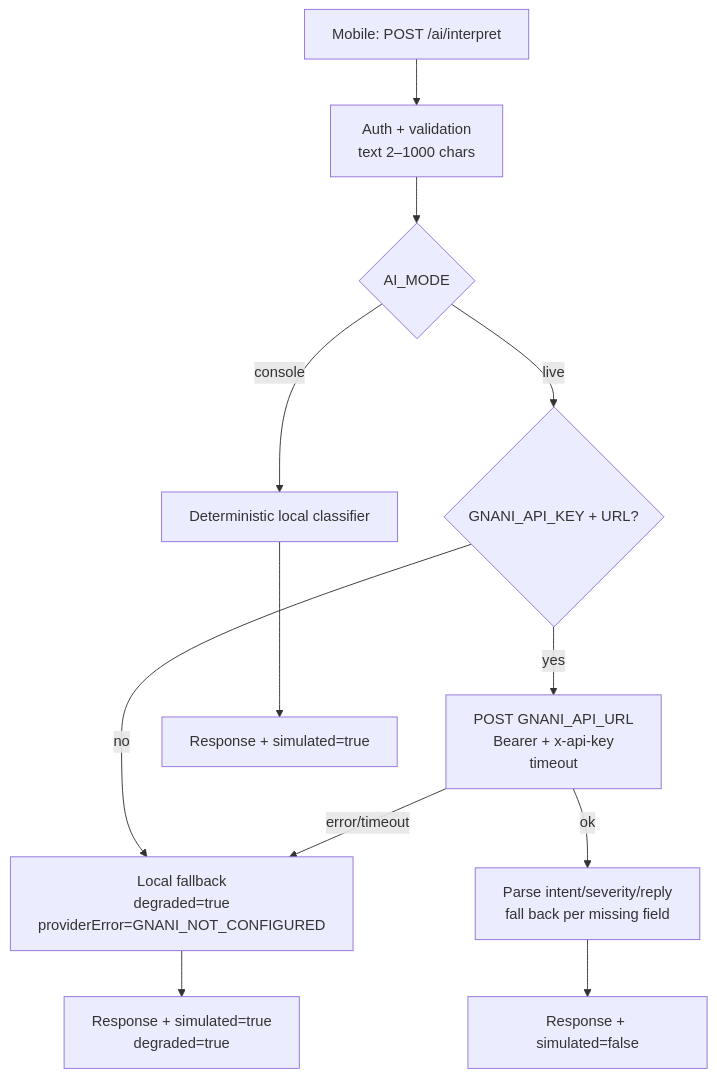
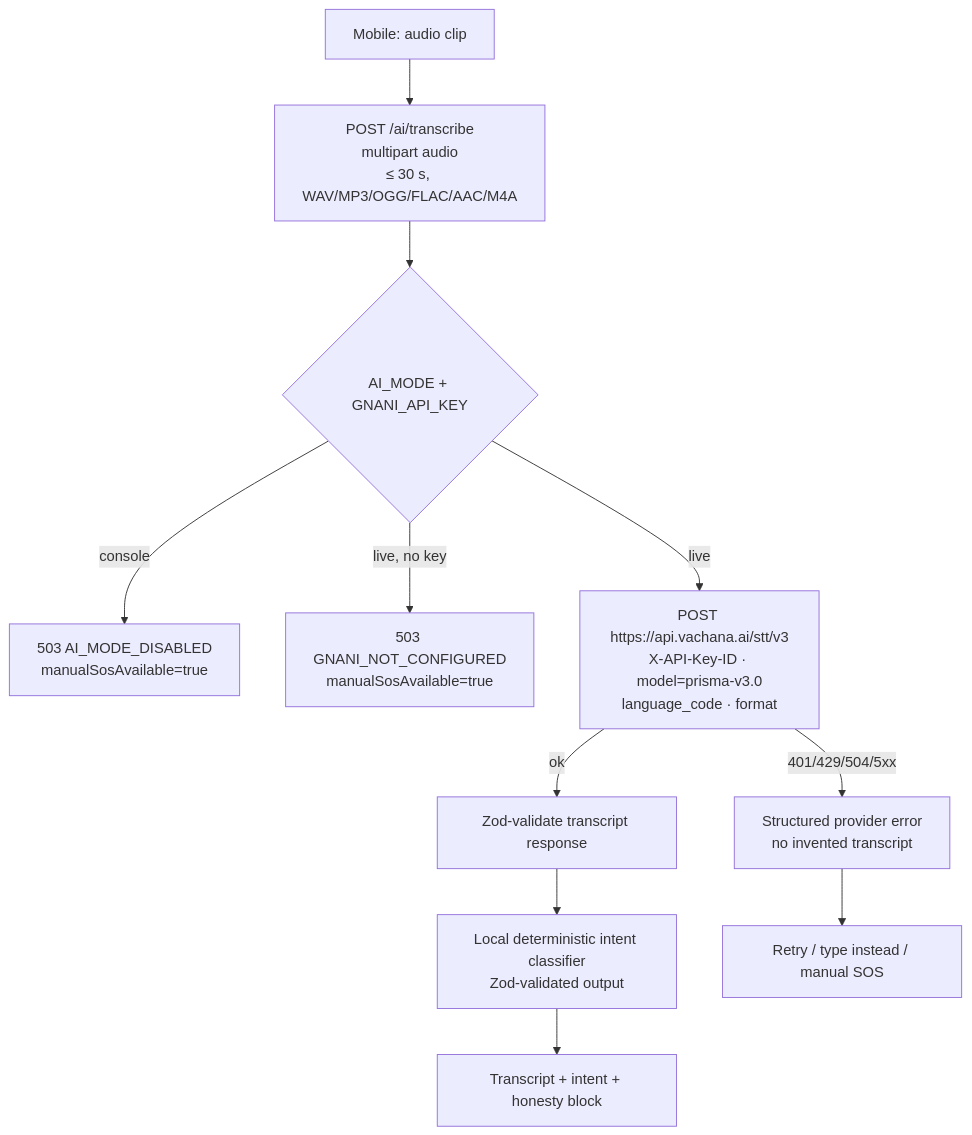
One commit to deepsingh-co/RakshaNet changed the fourth of 4 diagrams in docs/ARCHITECTURE.md. Above: the diagram before and after it, drawn with Mermaid. The commit also changed other lines of this file and 26 other files, not shown here.

First line of the commit message:
feat: verify Gnani STT contract and add voice assistant

````diff
--- a/docs/ARCHITECTURE.md
+++ b/docs/ARCHITECTURE.md
@@ -297,14 +310,13 @@
 ```mermaid
 flowchart TD
-    C["Mobile: POST /ai/interpret"] --> V["Auth + validation<br/>text 2–1000 chars"]
-    V --> M{"AI_MODE"}
-    M -->|console| L["Deterministic local classifier"]
-    M -->|live| K{"GNANI_API_KEY + URL?"}
-    K -->|no| F["Local fallback<br/>degraded=true<br/>providerError=GNANI_NOT_CONFIGURED"]
-    K -->|yes| G["POST GNANI_API_URL<br/>Bearer + x-api-key<br/>timeout"]
-    G -->|ok| P["Parse intent/severity/reply<br/>fall back per missing field"]
-    G -->|error/timeout| F
-    L --> O["Response + simulated=true"]
-    P --> O2["Response + simulated=false"]
-    F --> O3["Response + simulated=true<br/>degraded=true"]
+    C["Mobile: audio clip"] --> U["POST /ai/transcribe<br/>multipart audio<br/>≤ 30 s, WAV/MP3/OGG/FLAC/AAC/M4A"]
+    U --> M{"AI_MODE + GNANI_API_KEY"}
+    M -->|console| E["503 AI_MODE_DISABLED<br/>manualSosAvailable=true"]
+    M -->|live, no key| E2["503 GNANI_NOT_CONFIGURED<br/>manualSosAvailable=true"]
+    M -->|live| G["POST https://api.vachana.ai/stt/v3<br/>X-API-Key-ID · model=prisma-v3.0<br/>language_code · format"]
+    G -->|ok| T["Zod-validate transcript response"]
+    G -->|401/429/504/5xx| P["Structured provider error<br/>no invented transcript"]
+    T --> I["Local deterministic intent classifier<br/>Zod-validated output"]
+    I --> R["Transcript + intent + honesty block"]
+    P --> H["Retry / type instead / manual SOS"]
 ```
````
